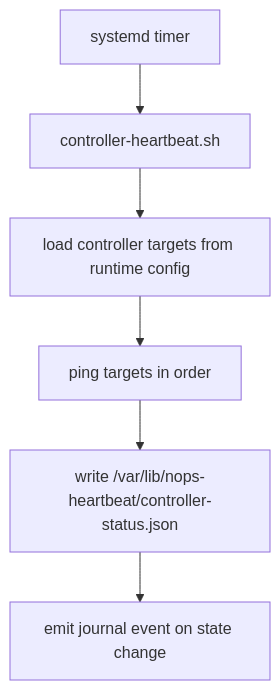
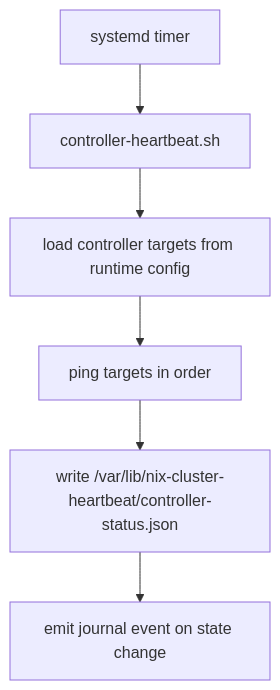
The sixth of 10 diagrams in docs/NIX-CLUSTER-ARCHITECTURE.md (MossTeK/nix-cluster), drawn with Mermaid before and after one commit. The commit also changed other lines of this file and 32 other files, not shown here.

Commit message:
chore: update nix-cluster

````diff
--- a/docs/NIX-CLUSTER-ARCHITECTURE.md
+++ b/docs/NIX-CLUSTER-ARCHITECTURE.md
@@ -239,8 +239,8 @@
 ```mermaid
 flowchart TD
     A["systemd timer"] --> B["controller-heartbeat.sh"]
     B --> C["load controller targets from runtime config"]
     C --> D["ping targets in order"]
-    D --> E["write /var/lib/nops-heartbeat/controller-status.json"]
+    D --> E["write /var/lib/nix-cluster-heartbeat/controller-status.json"]
     E --> F["emit journal event on state change"]
 ```
````
